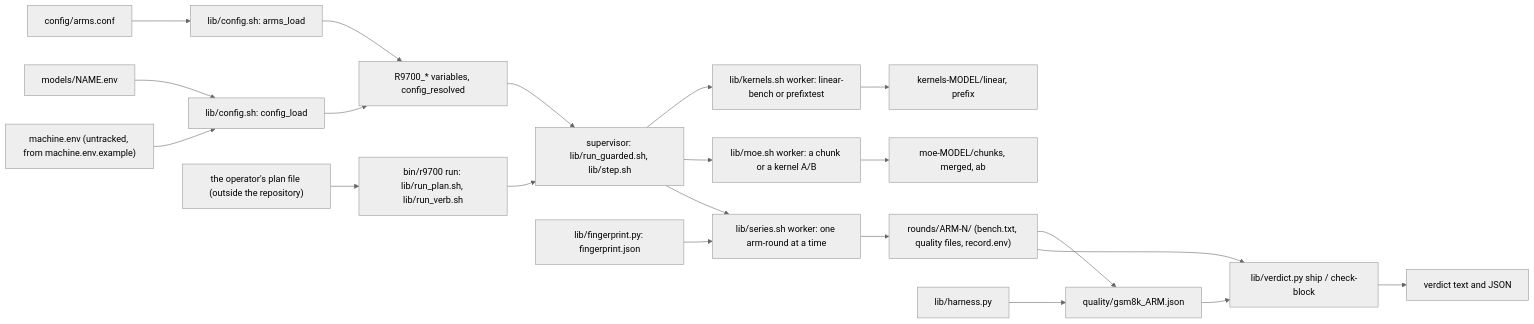
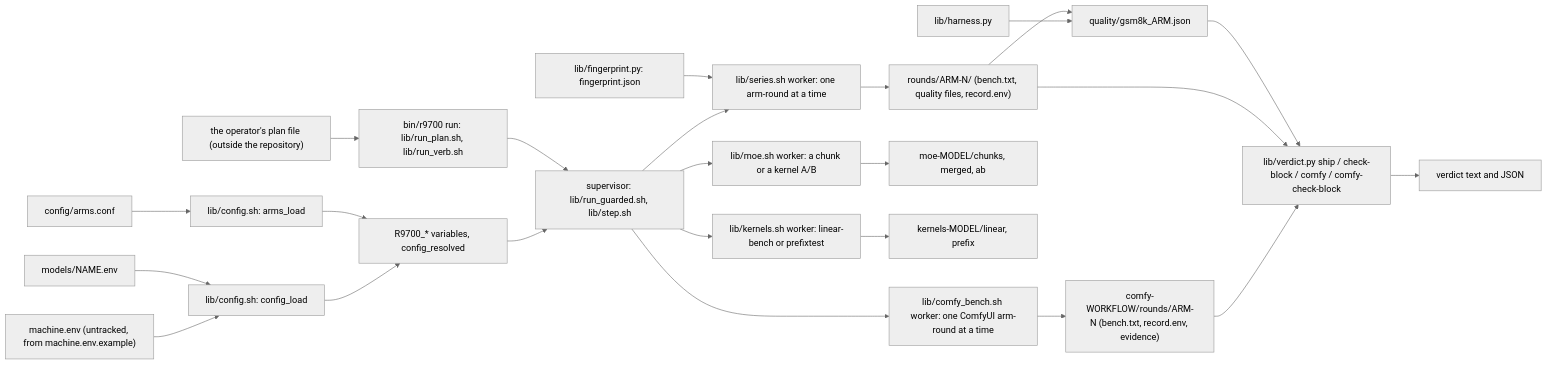
Before and after one commit to oleksandrdubyna88/dew_flow_amd_r9700_tuning_ai: the sixth of 6 diagrams in research/architecture.md, drawn with Mermaid (neutral theme). The commit also changed other lines of this file and 46 other files, not shown here.

First line of the commit message:
feat(comfy): E2 — comfy bench under the supervisor, the measurement contract, and the verdict over its records (#20)

````diff
--- a/research/architecture.md
+++ b/research/architecture.md
@@ -344,23 +349,26 @@
 ```mermaid
 flowchart LR
   ME["machine.env (untracked, from machine.env.example)"] --> LOAD["lib/config.sh: config_load"]
   MD["models/NAME.env"] --> LOAD
   ARMS["config/arms.conf"] --> ARMLOAD["lib/config.sh: arms_load"]
   LOAD --> RES["R9700_* variables, config_resolved"]
   ARMLOAD --> RES
   PLAN["the operator's plan file (outside the repository)"] --> RUN["bin/r9700 run: lib/run_plan.sh, lib/run_verb.sh"]
   RES --> SUP["supervisor: lib/run_guarded.sh, lib/step.sh"]
   RUN --> SUP
   SUP --> SER["lib/series.sh worker: one arm-round at a time"]
   SUP --> MOE["lib/moe.sh worker: a chunk or a kernel A/B"]
   SUP --> KER["lib/kernels.sh worker: linear-bench or prefixtest"]
+  SUP --> CBW["lib/comfy_bench.sh worker: one ComfyUI arm-round at a time"]
   SER --> REC["rounds/ARM-N/ (bench.txt, quality files, record.env)"]
   MOE --> MREC["moe-MODEL/chunks, merged, ab"]
   KER --> KREC["kernels-MODEL/linear, prefix"]
+  CBW --> CREC["comfy-WORKFLOW/rounds/ARM-N (bench.txt, record.env, evidence)"]
+  CREC --> VER
   FP["lib/fingerprint.py: fingerprint.json"] --> SER
-  REC --> VER["lib/verdict.py ship / check-block"]
+  REC --> VER["lib/verdict.py ship / check-block / comfy / comfy-check-block"]
   HAR["lib/harness.py"] --> QUAL["quality/gsm8k_ARM.json"]
   REC --> QUAL
   QUAL --> VER
   VER --> OUT["verdict text and JSON"]
 ```
````
